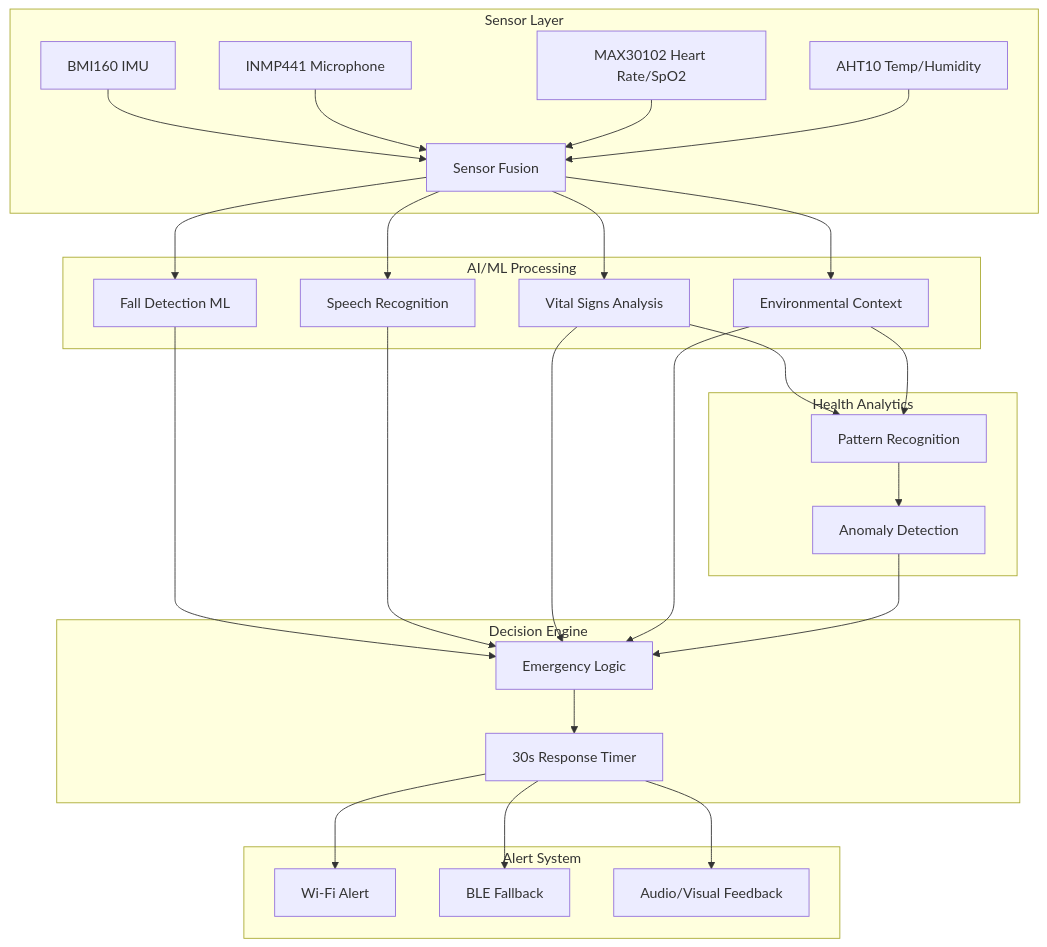
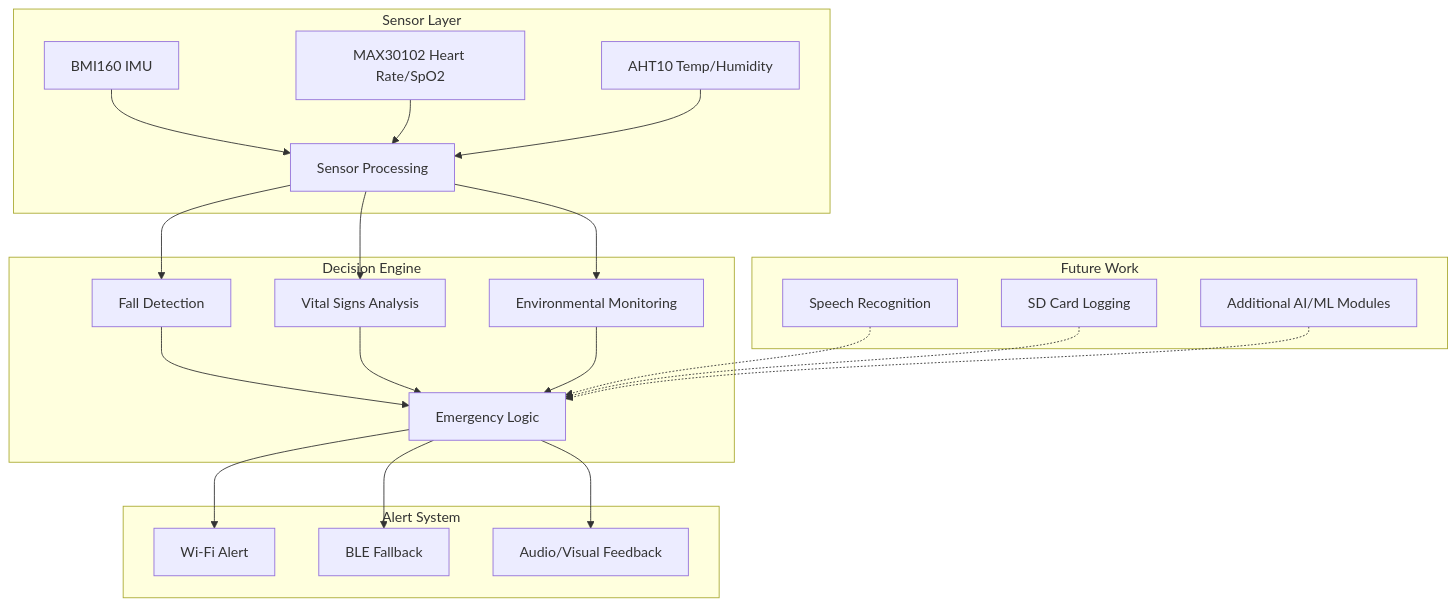
Before and after one commit to MuhammadMohtashim/GuardianAngel: the diagram in README.md, drawn with Mermaid. The commit also changed other lines of this file, not shown here.

````diff
--- a/README.md
+++ b/README.md
@@ -17,37 +20,29 @@
 ```mermaid
 graph TB
     subgraph "Sensor Layer"
-        A[BMI160 IMU] --> D[Sensor Fusion]
-        B[INMP441 Microphone] --> D
+        A[BMI160 IMU] --> D[Sensor Processing]
         C[MAX30102 Heart Rate/SpO2] --> D
         E[AHT10 Temp/Humidity] --> D
     end
-    
-    subgraph "AI/ML Processing"
-        D --> F[Fall Detection ML]
-        D --> G[Speech Recognition]
-        D --> H[Vital Signs Analysis]
-        D --> I[Environmental Context]
+
+    subgraph "Decision Engine"
+        D --> F[Fall Detection]
+        D --> G[Vital Signs Analysis]
+        D --> H[Environmental Monitoring]
+        F --> I[Emergency Logic]
+        G --> I
+        H --> I
     end
-    
-    subgraph "Decision Engine"
-        F --> J[Emergency Logic]
-        G --> J
-        H --> J
-        I --> J
-        J --> K[30s Response Timer]
+
+    subgraph "Alert System"
+        I --> J[Wi-Fi Alert]
+        I --> K[BLE Fallback]
+        I --> L[Audio/Visual Feedback]
     end
-    
-    subgraph "Alert System"
-        K --> L[Wi-Fi Alert]
-        K --> M[BLE Fallback]
-        K --> N[Audio/Visual Feedback]
-    end
-    
-    subgraph "Health Analytics"
-        H --> O[Pattern Recognition]
-        I --> O
-        O --> P[Anomaly Detection]
-        P --> J
+
+    subgraph "Future Work"
+        M[Speech Recognition] -.-> I
+        N[SD Card Logging] -.-> I
+        O[Additional AI/ML Modules] -.-> I
     end
 ```
````
